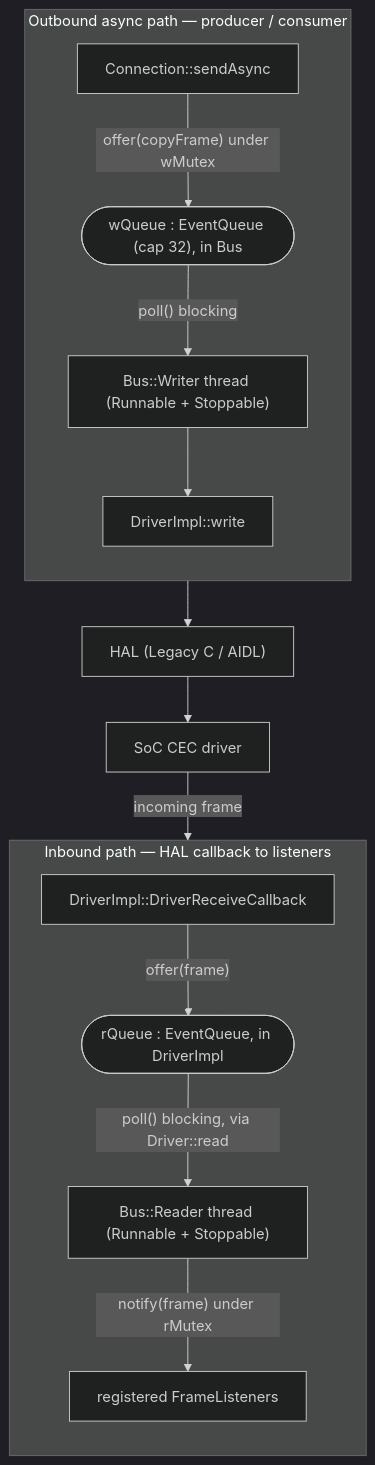
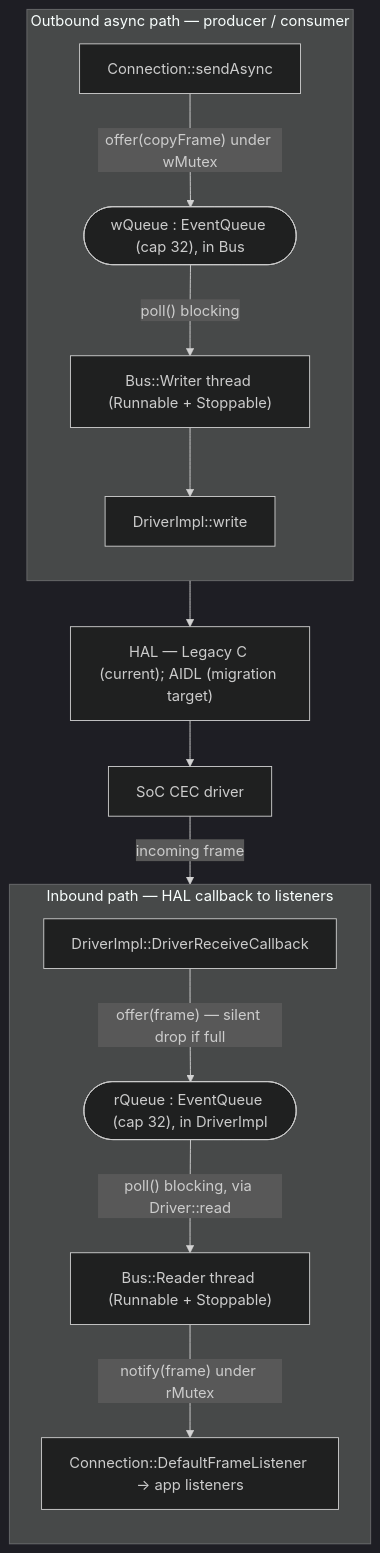
One commit to Blitzy-Sky/hdmicec changed the third of 3 diagrams in docs/architecture/data-flow.md. Above: the diagram before and after it, drawn with Mermaid (dark theme). The commit also changed other lines of this file and 16 other files, not shown here.

````diff
--- a/docs/architecture/data-flow.md
+++ b/docs/architecture/data-flow.md
@@ -179,28 +201,28 @@
 ```mermaid
 flowchart TB
     subgraph TX["Outbound async path — producer / consumer"]
         direction TB
         SA["Connection::sendAsync"]
         WQ(["wQueue : EventQueue (cap 32), in Bus"])
         WR["Bus::Writer thread (Runnable + Stoppable)"]
         DW["DriverImpl::write"]
         SA -->|"offer(copyFrame) under wMutex"| WQ
         WQ -->|"poll() blocking"| WR
         WR --> DW
     end
 
     subgraph RX["Inbound path — HAL callback to listeners"]
         direction TB
         CB["DriverImpl::DriverReceiveCallback"]
-        RQ(["rQueue : EventQueue, in DriverImpl"])
+        RQ(["rQueue : EventQueue (cap 32), in DriverImpl"])
         RD["Bus::Reader thread (Runnable + Stoppable)"]
-        FL["registered FrameListeners"]
-        CB -->|"offer(frame)"| RQ
+        FL["Connection::DefaultFrameListener → app listeners"]
+        CB -->|"offer(frame) — silent drop if full"| RQ
         RQ -->|"poll() blocking, via Driver::read"| RD
         RD -->|"notify(frame) under rMutex"| FL
     end
 
-    DW --> HAL["HAL (Legacy C / AIDL)"]
+    DW --> HAL["HAL — Legacy C (current); AIDL (migration target)"]
     HAL --> SOC["SoC CEC driver"]
     SOC -->|"incoming frame"| CB
 ```
````
